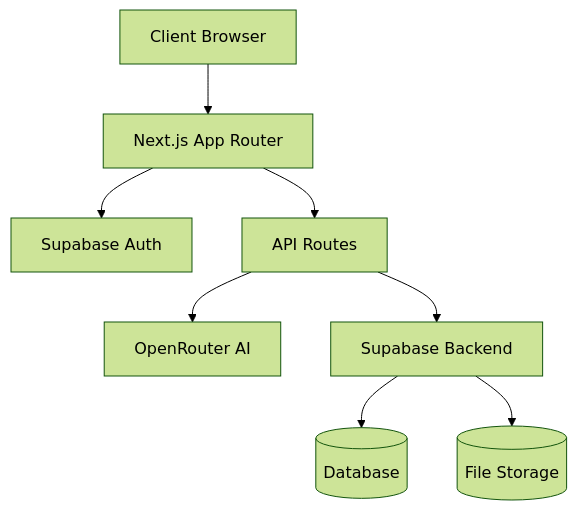
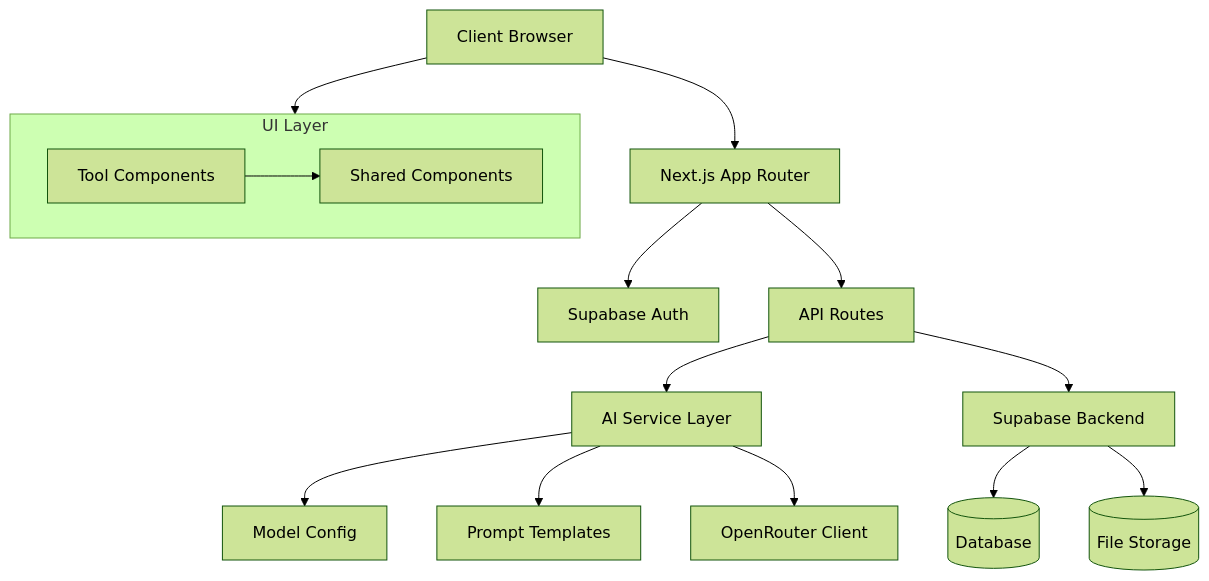
The diagram in cline_docs/systemPatterns.md (troyharris/snowsparrow), drawn with Mermaid (forest theme) before and after one commit. The commit also changed other lines of this file and 18 other files, not shown here.

````diff
--- a/cline_docs/systemPatterns.md
+++ b/cline_docs/systemPatterns.md
@@ -5,10 +5,21 @@
 ```mermaid
 flowchart TD
     Client[Client Browser] --> Next[Next.js App Router]
     Next --> Auth[Supabase Auth]
     Next --> API[API Routes]
-    API --> OpenRouter[OpenRouter AI]
+    API --> AIService[AI Service Layer]
+    AIService --> Models[Model Config]
+    AIService --> Prompts[Prompt Templates]
+    AIService --> OpenRouter[OpenRouter Client]
     API --> Supabase[Supabase Backend]
     Supabase --> DB[(Database)]
     Supabase --> Storage[(File Storage)]
+
+    subgraph UI[UI Layer]
+        SharedComponents[Shared Components]
+        ToolComponents[Tool Components]
+        ToolComponents --> SharedComponents
+    end
+
+    Client --> UI
 ```
````
